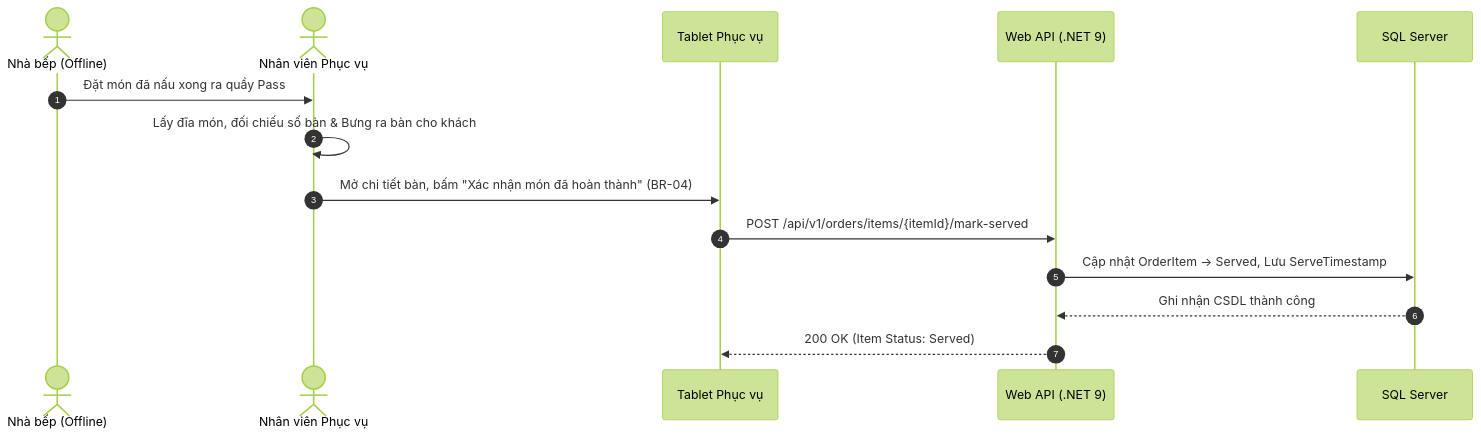
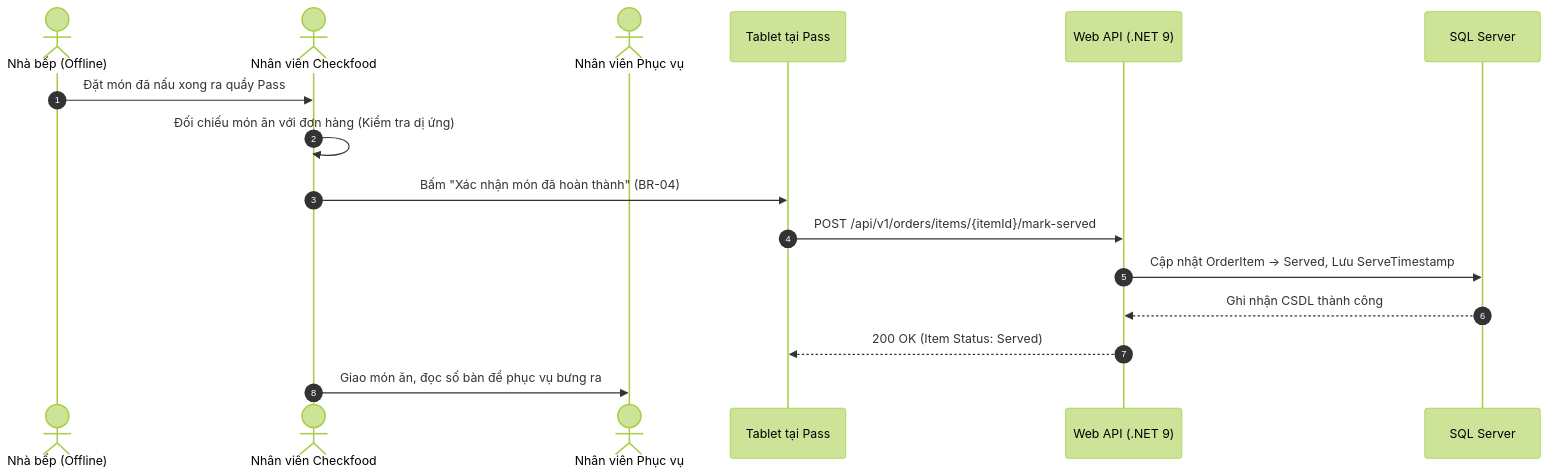
One commit to AndrewQng/VinDining changed the ninth of 10 diagrams in docs/phase1/03_BAO_CAO_PHAN_TICH.md. Above: the diagram before and after it, drawn with Mermaid (forest theme). The commit also changed other lines of this file and 3 other files, not shown here.

````diff
--- a/docs/phase1/03_BAO_CAO_PHAN_TICH.md
+++ b/docs/phase1/03_BAO_CAO_PHAN_TICH.md
@@ -645,17 +787,19 @@
 ```mermaid
 sequenceDiagram
     autonumber
     actor Kitchen as Nhà bếp (Offline)
+    actor Expediter as Nhân viên Checkfood
     actor Waitstaff as Nhân viên Phục vụ
-    participant Tablet as Tablet Phục vụ
+    participant Tablet as Tablet tại Pass
     participant API as Web API (.NET 9)
     participant DB as SQL Server
 
-    Kitchen->>Waitstaff: Đặt món đã nấu xong ra quầy Pass
-    Waitstaff->>Waitstaff: Lấy đĩa món, đối chiếu số bàn & Bưng ra bàn cho khách
-    Waitstaff->>Tablet: Mở chi tiết bàn, bấm "Xác nhận món đã hoàn thành" (BR-04)
+    Kitchen->>Expediter: Đặt món đã nấu xong ra quầy Pass
+    Expediter->>Expediter: Đối chiếu món ăn với đơn hàng (Kiểm tra dị ứng)
+    Expediter->>Tablet: Bấm "Xác nhận món đã hoàn thành" (BR-04)
     Tablet->>API: POST /api/v1/orders/items/{itemId}/mark-served
     API->>DB: Cập nhật OrderItem -> Served, Lưu ServeTimestamp
     DB-->>API: Ghi nhận CSDL thành công
     API-->>Tablet: 200 OK (Item Status: Served)
+    Expediter->>Waitstaff: Giao món ăn, đọc số bàn để phục vụ bưng ra
 ```
````
